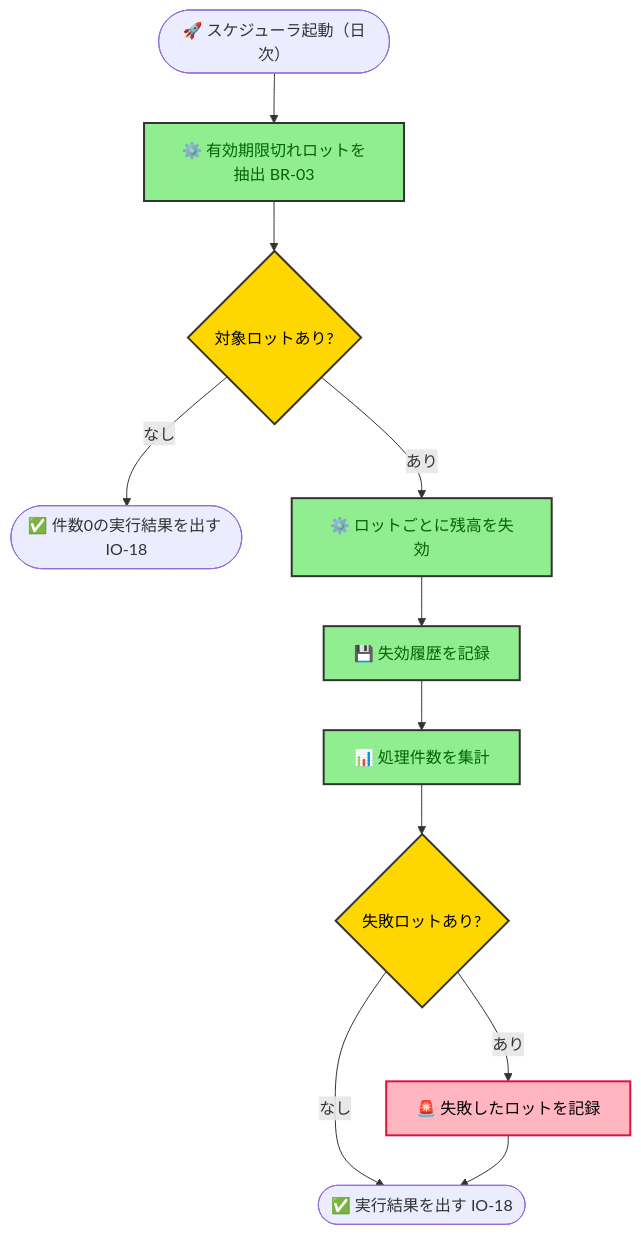
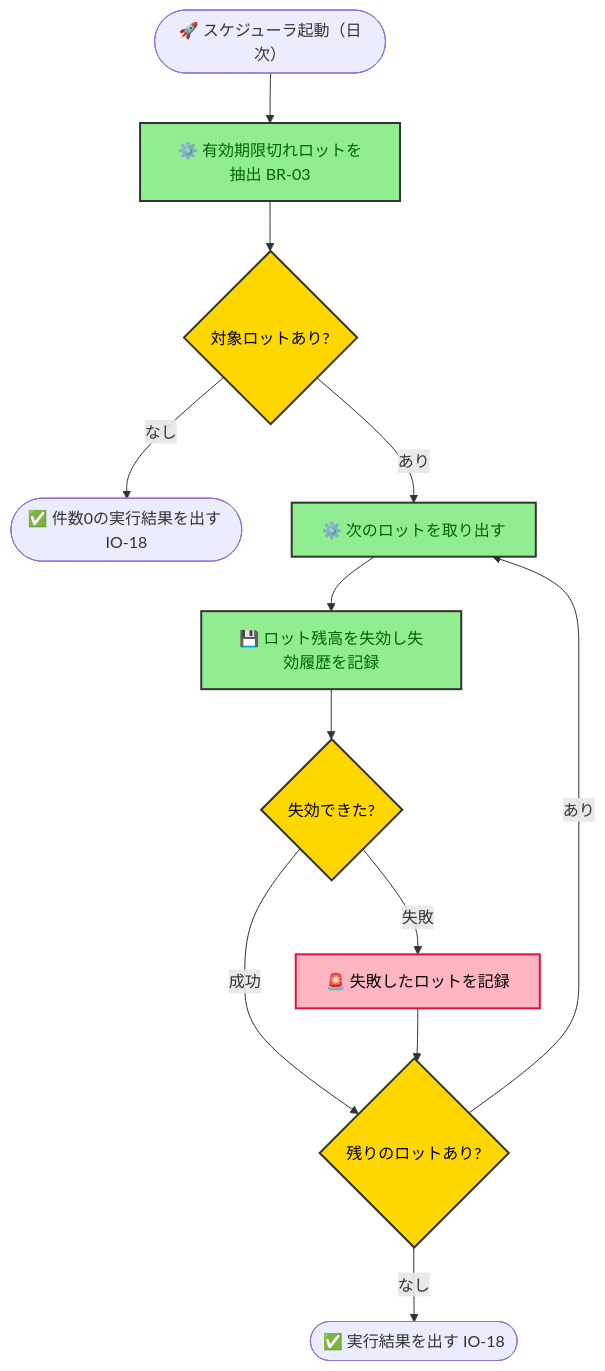
One commit to kasiopeiya/claude-dev-template changed diagram 12 of 15 in samples/docs/requirements.md. Above: the diagram before and after it, drawn with Mermaid. The commit also changed other lines of this file, not shown here.

````diff
--- a/samples/docs/requirements.md
+++ b/samples/docs/requirements.md
@@ -946,20 +996,21 @@
 ```mermaid
 flowchart TD
     start([🚀 スケジューラ起動（日次）]) --> load[⚙️ 有効期限切れロットを抽出 BR-03]
     load --> check{対象ロットあり?}
     check -->|なし| done([✅ 件数0の実行結果を出す IO-18])
-    check -->|あり| loop[⚙️ ロットごとに残高を失効]
-    loop --> record[💾 失効履歴を記録]
-    record --> agg[📊 処理件数を集計]
-    agg --> errCheck{失敗ロットあり?}
-    errCheck -->|あり| alert[🚨 失敗したロットを記録]
-    errCheck -->|なし| done2([✅ 実行結果を出す IO-18])
-    alert --> done2
+    check -->|あり| pick[⚙️ 次のロットを取り出す]
+    pick --> expire[💾 ロット残高を失効し失効履歴を記録]
+    expire --> ok{失効できた?}
+    ok -->|失敗| alert[🚨 失敗したロットを記録]
+    ok -->|成功| more{残りのロットあり?}
+    alert --> more
+    more -->|あり| pick
+    more -->|なし| done2([✅ 実行結果を出す IO-18])
 
     classDef step fill:#90EE90,stroke:#333,stroke-width:2px,color:darkgreen
     classDef decision fill:#FFD700,stroke:#333,stroke-width:2px,color:black
     classDef error fill:#FFB6C1,stroke:#DC143C,stroke-width:2px,color:black
-    class load,loop,record,agg step
-    class check,errCheck decision
+    class load,pick,expire step
+    class check,ok,more decision
     class alert error
 ```
````
